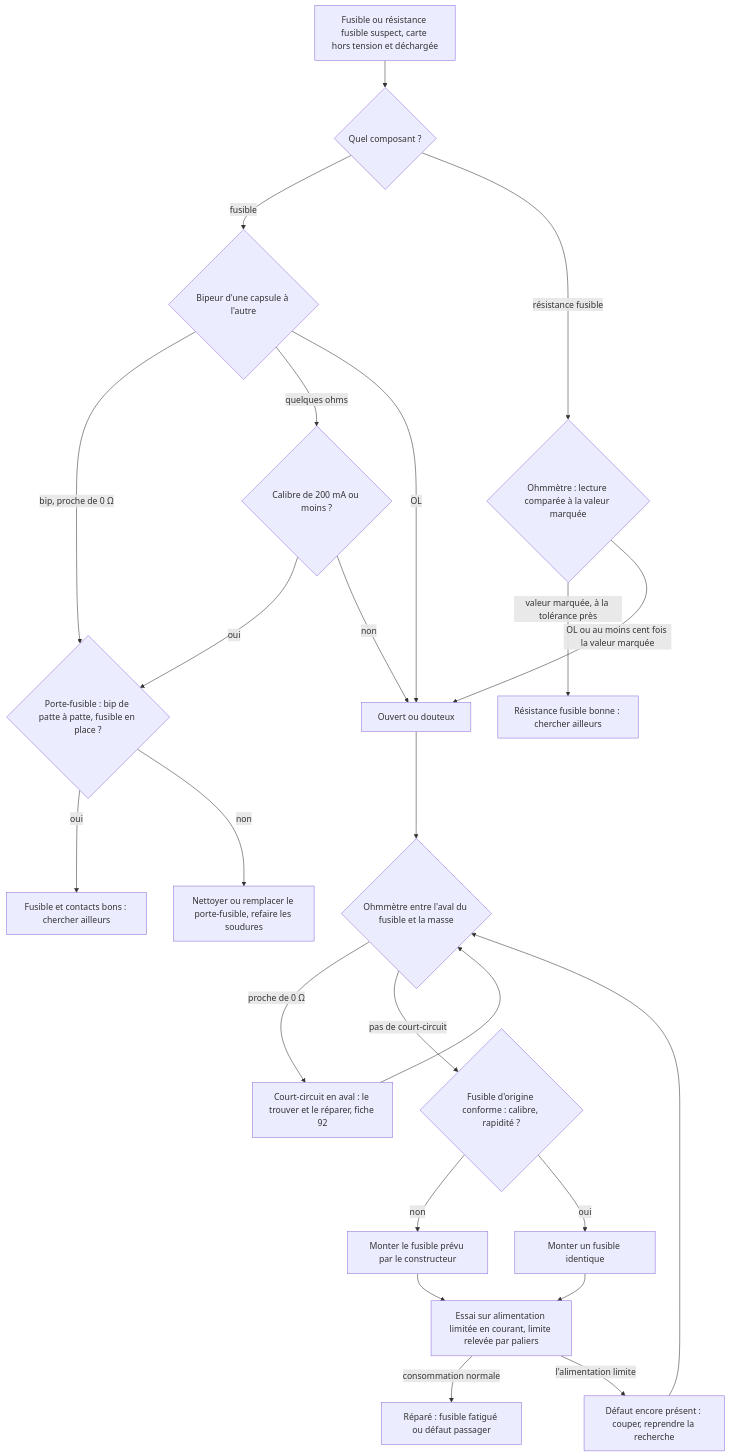
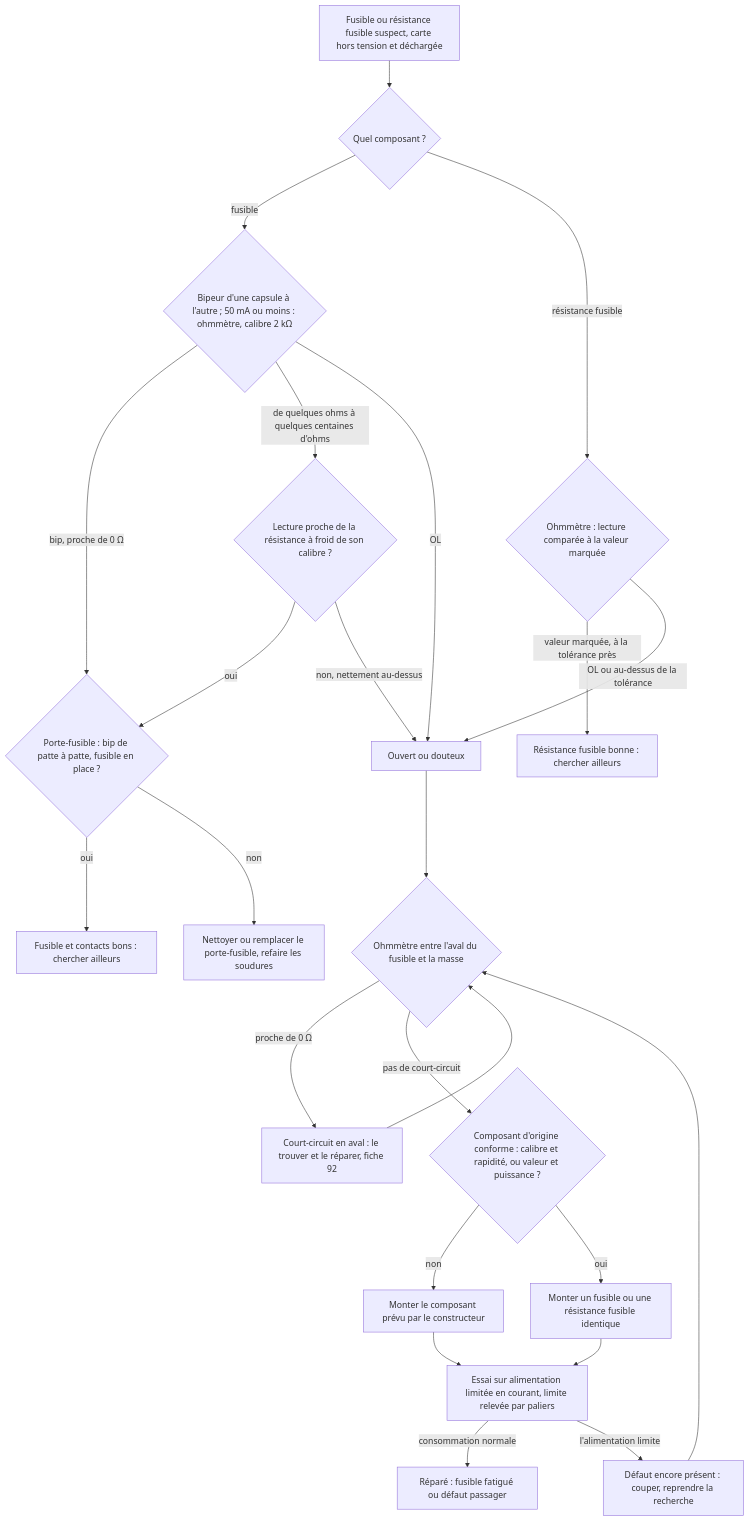
One commit to benoit-bremaud/ohm-sweet-ohm changed the diagram in troubleshooting/13_fusible/README.md. Above: the diagram before and after it, drawn with Mermaid. The commit also changed other lines of this file and 5 other files, not shown here.

````diff
--- a/troubleshooting/13_fusible/README.md
+++ b/troubleshooting/13_fusible/README.md
@@ -182,26 +183,26 @@
 ```mermaid
 flowchart TD
   A[Fusible ou résistance fusible suspect, carte hors tension et déchargée] --> T{Quel composant ?}
-  T -- fusible --> B{Bipeur d'une capsule à l'autre}
+  T -- fusible --> B{Bipeur d'une capsule à l'autre ; 50 mA ou moins : ohmmètre, calibre 2 kΩ}
   T -- résistance fusible --> U{Ohmmètre : lecture comparée à la valeur marquée}
   U -- valeur marquée, à la tolérance près --> V[Résistance fusible bonne : chercher ailleurs]
-  U -- OL ou au moins cent fois la valeur marquée --> G
+  U -- OL ou au-dessus de la tolérance --> G
   B -- bip, proche de 0 Ω --> C{Porte-fusible : bip de patte à patte, fusible en place ?}
   C -- oui --> D[Fusible et contacts bons : chercher ailleurs]
   C -- non --> E[Nettoyer ou remplacer le porte-fusible, refaire les soudures]
-  B -- quelques ohms --> F{Calibre de 200 mA ou moins ?}
+  B -- de quelques ohms à quelques centaines d'ohms --> F{Lecture proche de la résistance à froid de son calibre ?}
   F -- oui --> C
-  F -- non --> G[Ouvert ou douteux]
+  F -- non, nettement au-dessus --> G[Ouvert ou douteux]
   B -- OL --> G
   G --> H{Ohmmètre entre l'aval du fusible et la masse}
   H -- proche de 0 Ω --> I[Court-circuit en aval : le trouver et le réparer, fiche 92]
   I --> H
-  H -- pas de court-circuit --> J{Fusible d'origine conforme : calibre, rapidité ?}
-  J -- non --> K[Monter le fusible prévu par le constructeur]
-  J -- oui --> L[Monter un fusible identique]
+  H -- pas de court-circuit --> J{Composant d'origine conforme : calibre et rapidité, ou valeur et puissance ?}
+  J -- non --> K[Monter le composant prévu par le constructeur]
+  J -- oui --> L[Monter un fusible ou une résistance fusible identique]
   K --> M[Essai sur alimentation limitée en courant, limite relevée par paliers]
   L --> M
   M -- consommation normale --> N[Réparé : fusible fatigué ou défaut passager]
   M -- l'alimentation limite --> O[Défaut encore présent : couper, reprendre la recherche]
   O --> H
 ```
````
